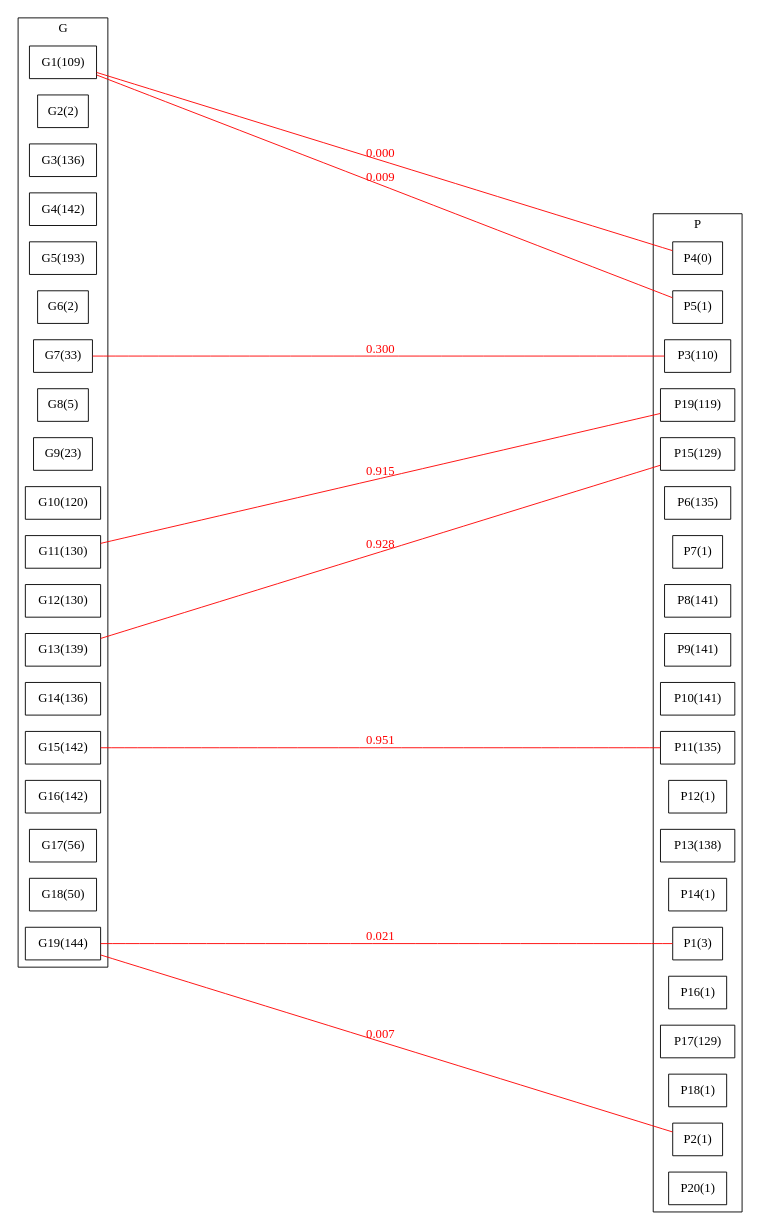
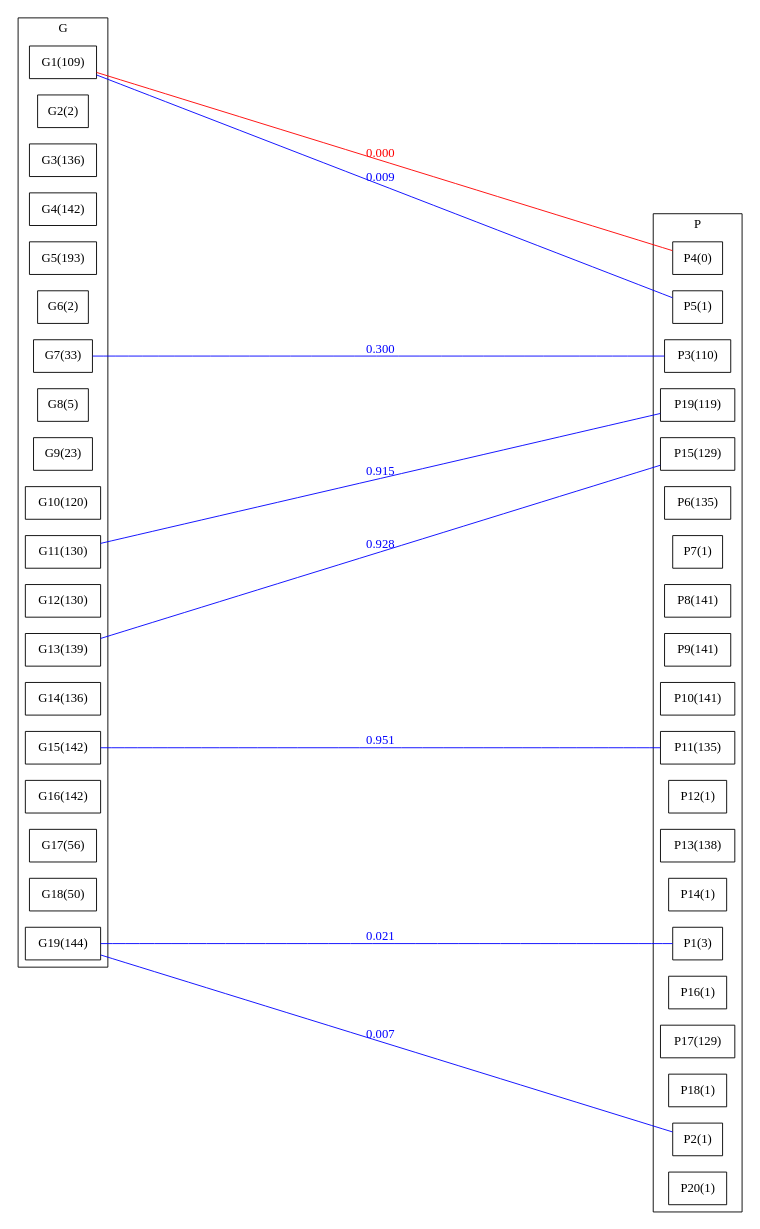
The diagram in evaluation/dot/BG_chrome_lifehacker_com_466614588.dot (asanoja/segmentations), drawn with Graphviz before and after one commit. The commit also changed 55 other files, not shown here.

```diff
--- a/evaluation/dot/BG_chrome_lifehacker_com_466614588.dot
+++ b/evaluation/dot/BG_chrome_lifehacker_com_466614588.dot
@@ -1,64 +1,64 @@
 strict graph BCG {
 rankdir=LR;
 splines=true;
 ranksep="8 equally";
 concentrate = true;
 node [shape=rectangle];
 subgraph cluster_G {
 label = "G";
 color=black;
 rank="same"
 G1 [label="G1(109)"];
 G2 [label="G2(2)"];
 G3 [label="G3(136)"];
 G4 [label="G4(142)"];
 G5 [label="G5(193)"];
 G6 [label="G6(2)"];
 G7 [label="G7(33)"];
 G8 [label="G8(5)"];
 G9 [label="G9(23)"];
 G10 [label="G10(120)"];
 G11 [label="G11(130)"];
 G12 [label="G12(130)"];
 G13 [label="G13(139)"];
 G14 [label="G14(136)"];
 G15 [label="G15(142)"];
 G16 [label="G16(142)"];
 G17 [label="G17(56)"];
 G18 [label="G18(50)"];
 G19 [label="G19(144)"];
 }
 subgraph cluster_P {
 label = "P";
 color="black";
 rank="same"
 P1 [label="P1(3)"];
 P2 [label="P2(1)"];
 P3 [label="P3(110)"];
 P4 [label="P4(0)"];
 P5 [label="P5(1)"];
 P6 [label="P6(135)"];
 P7 [label="P7(1)"];
 P8 [label="P8(141)"];
 P9 [label="P9(141)"];
 P10 [label="P10(141)"];
 P11 [label="P11(135)"];
 P12 [label="P12(1)"];
 P13 [label="P13(138)"];
 P14 [label="P14(1)"];
 P15 [label="P15(129)"];
 P16 [label="P16(1)"];
 P17 [label="P17(129)"];
 P18 [label="P18(1)"];
 P19 [label="P19(119)"];
 P20 [label="P20(1)"];
 }
 G1 -- P4[label="0.000",color="red",fontcolor="red"];
-G1 -- P5[label="0.009",color="red",fontcolor="red"];
-G7 -- P3[label="0.300",color="red",fontcolor="red"];
-G11 -- P19[label="0.915",color="red",fontcolor="red"];
-G13 -- P15[label="0.928",color="red",fontcolor="red"];
-G15 -- P11[label="0.951",color="red",fontcolor="red"];
-G19 -- P1[label="0.021",color="red",fontcolor="red"];
-G19 -- P2[label="0.007",color="red",fontcolor="red"];
+G1 -- P5[label="0.009",color="blue",fontcolor="blue"];
+G7 -- P3[label="0.300",color="blue",fontcolor="blue"];
+G11 -- P19[label="0.915",color="blue",fontcolor="blue"];
+G13 -- P15[label="0.928",color="blue",fontcolor="blue"];
+G15 -- P11[label="0.951",color="blue",fontcolor="blue"];
+G19 -- P1[label="0.021",color="blue",fontcolor="blue"];
+G19 -- P2[label="0.007",color="blue",fontcolor="blue"];
 }
```
